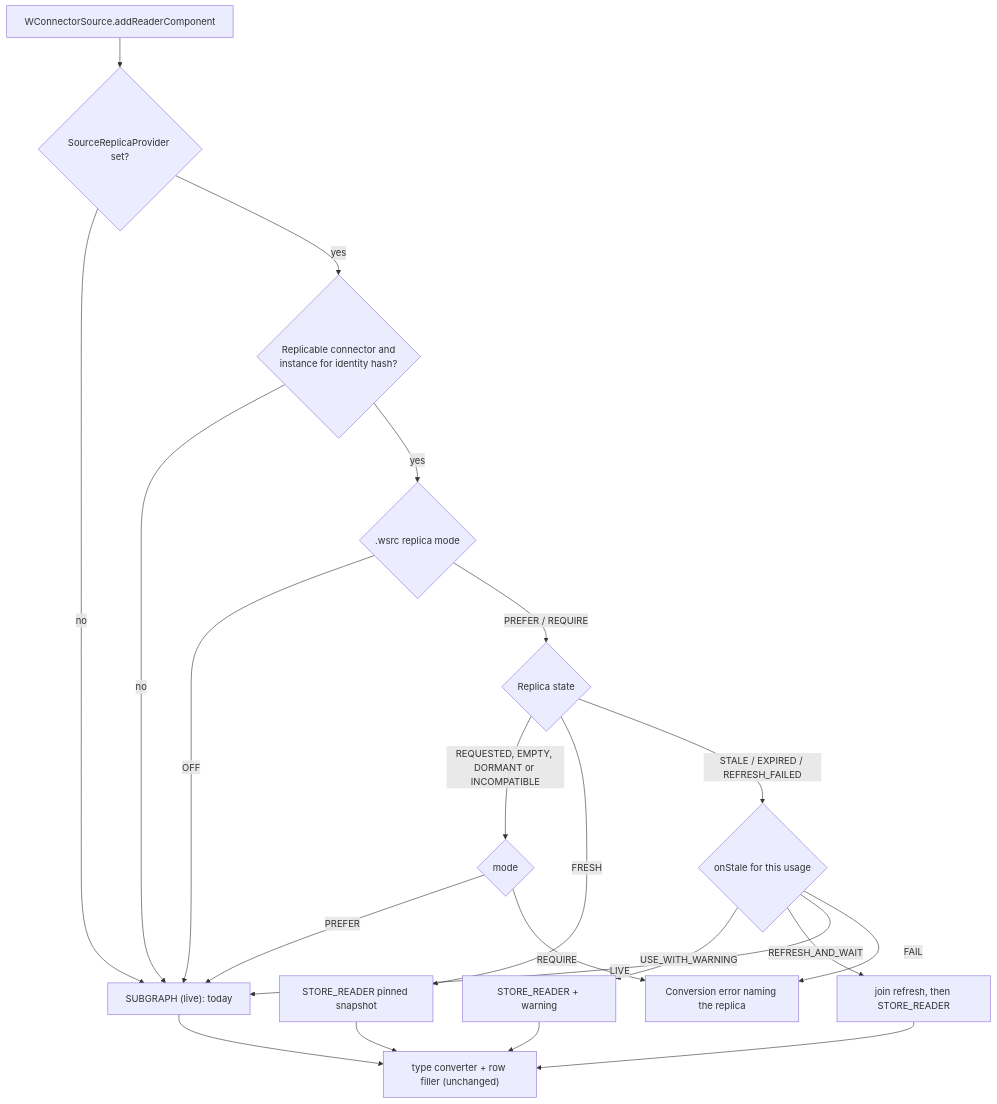
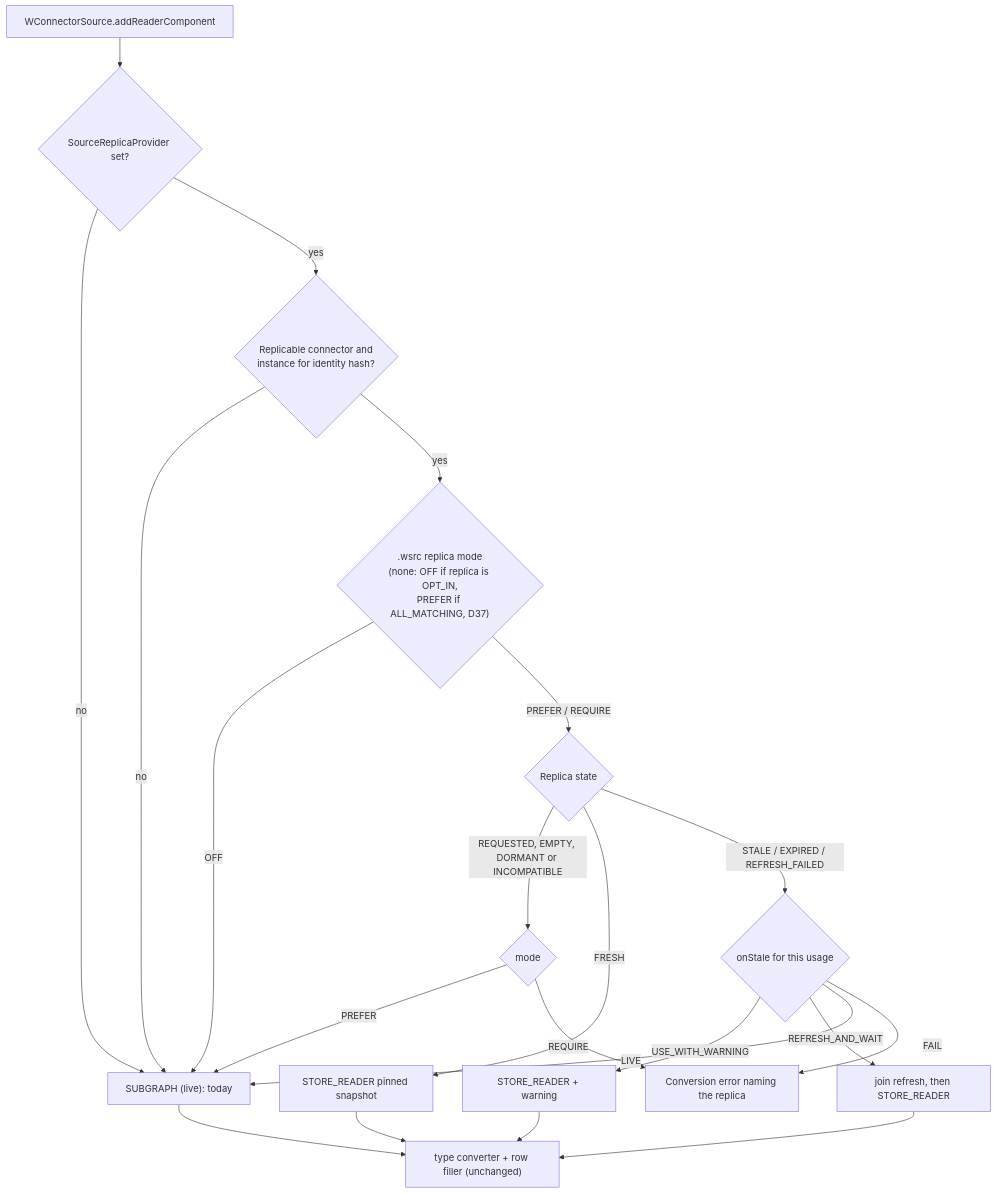
The first of 2 diagrams in spec/09-wrangler.md (dpavlis/clover-datastore), drawn with Mermaid before and after one commit. The commit also changed other lines of this file and 4 other files, not shown here.

````diff
--- a/spec/09-wrangler.md
+++ b/spec/09-wrangler.md
@@ -41,23 +41,23 @@
 ```mermaid
 flowchart TD
   A["WConnectorSource.addReaderComponent"] --> P{"SourceReplicaProvider set?"}
   P -- no --> L["SUBGRAPH (live): today"]
   P -- yes --> B{"Replicable connector and<br/>instance for identity hash?"}
   B -- no --> L
-  B -- yes --> C{".wsrc replica mode"}
+  B -- yes --> C{".wsrc replica mode<br/>(none: OFF if replica is OPT_IN,<br/>PREFER if ALL_MATCHING, D37)"}
   C -- OFF --> L
   C -- "PREFER / REQUIRE" --> S{"Replica state"}
   S -- "REQUESTED, EMPTY, DORMANT or INCOMPATIBLE" --> M{"mode"}
   M -- PREFER --> L
   M -- REQUIRE --> X["Conversion error naming the replica"]
   S -- FRESH --> R["STORE_READER pinned snapshot"]
   S -- "STALE / EXPIRED / REFRESH_FAILED" --> E{"onStale for this usage"}
   E -- USE_WITH_WARNING --> W["STORE_READER + warning"]
   E -- REFRESH_AND_WAIT --> F["join refresh, then STORE_READER"]
   E -- LIVE --> L
   E -- FAIL --> X
   R --> T["type converter + row filler (unchanged)"]
   W --> T
   F --> T
   L --> T
 ```
````
